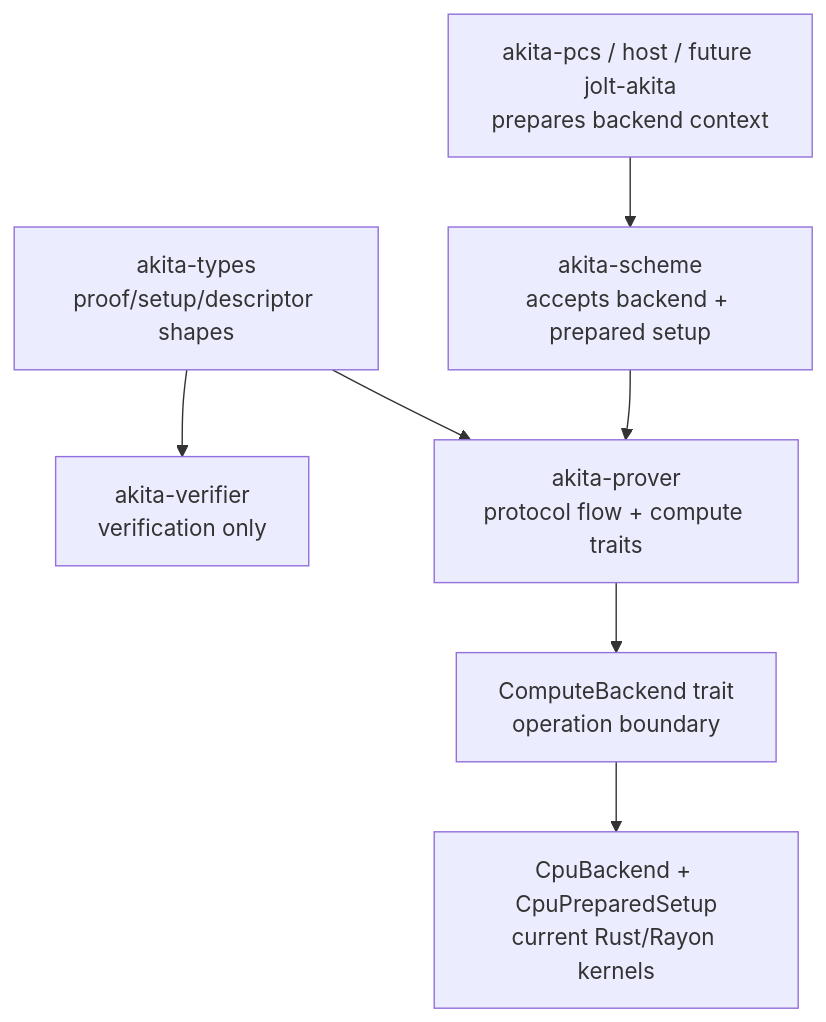
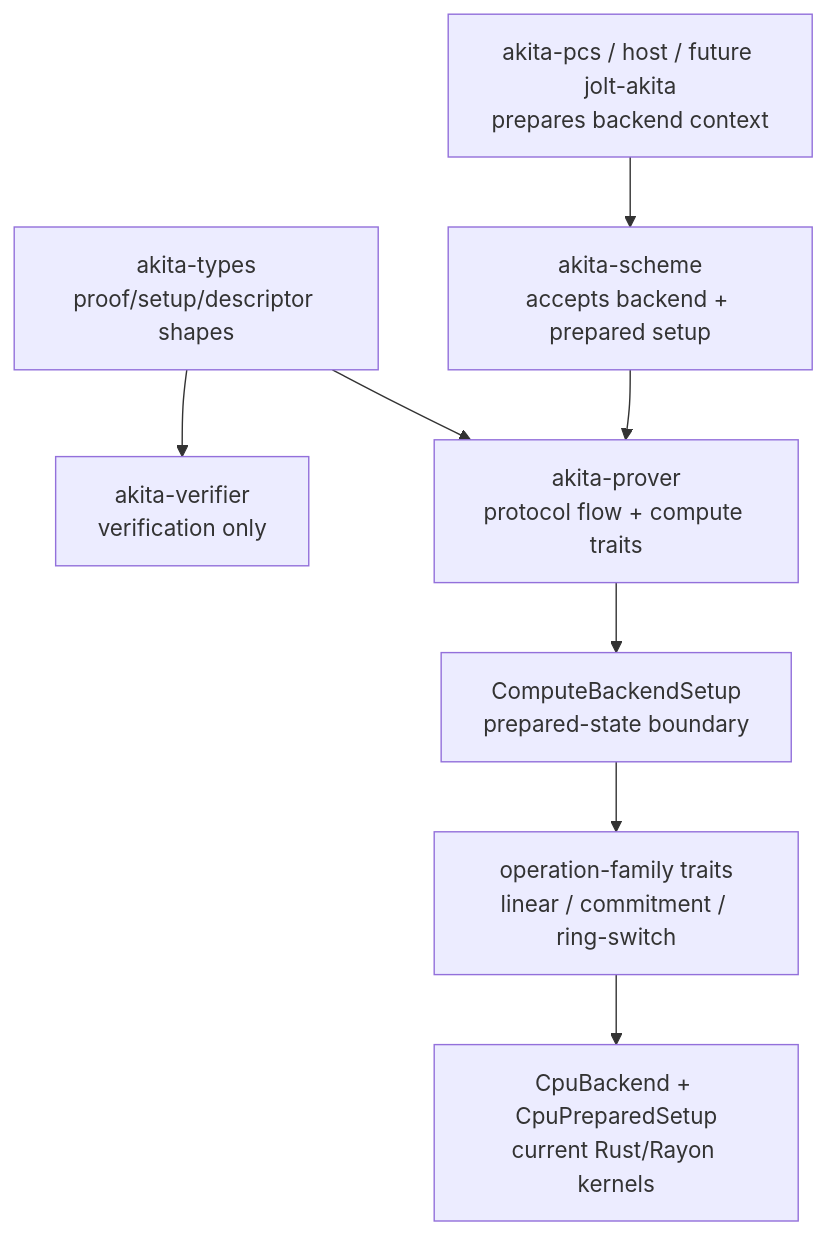
Before and after one commit to LayerZero-Labs/akita: the diagram in specs/akita-compute-backend-metal.md, drawn with Mermaid. The commit also changed other lines of this file and 32 other files, not shown here.

First line of the commit message:
refactor(compute): split backend operation traits

````diff
--- a/specs/akita-compute-backend-metal.md
+++ b/specs/akita-compute-backend-metal.md
@@ -270,17 +274,19 @@
 ```mermaid
 graph TD
   Types["akita-types<br/>proof/setup/descriptor shapes"]
   Verifier["akita-verifier<br/>verification only"]
   Prover["akita-prover<br/>protocol flow + compute traits"]
-  Compute["ComputeBackend trait<br/>operation boundary"]
+  Compute["ComputeBackendSetup<br/>prepared-state boundary"]
+  Ops["operation-family traits<br/>linear / commitment / ring-switch"]
   Cpu["CpuBackend + CpuPreparedSetup<br/>current Rust/Rayon kernels"]
   Scheme["akita-scheme<br/>accepts backend + prepared setup"]
   Host["akita-pcs / host / future jolt-akita<br/>prepares backend context"]
 
   Types --> Verifier
   Types --> Prover
   Prover --> Compute
-  Compute --> Cpu
+  Compute --> Ops
+  Ops --> Cpu
   Scheme --> Prover
   Host --> Scheme
 ```
````
